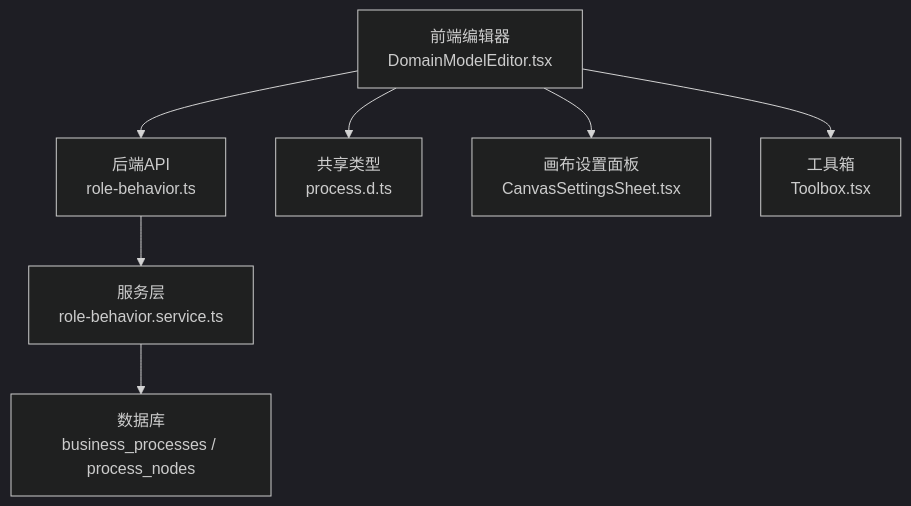
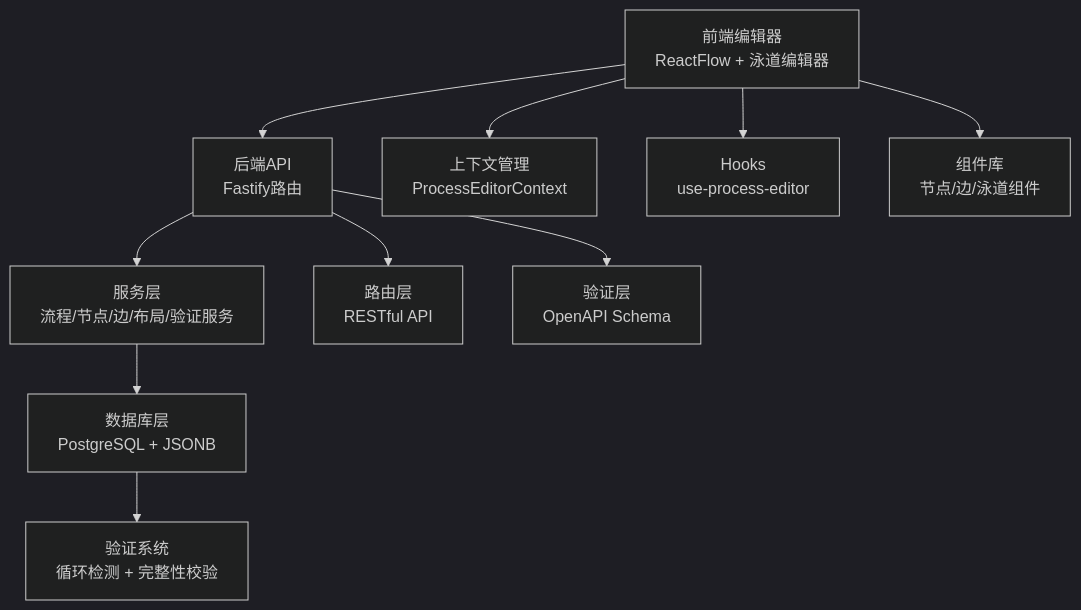
The second of 6 diagrams in .qoder/repowiki/zh/content/核心模块/业务流程管理模块.md (kai-cui1/ai-prototype-manager), drawn with Mermaid (dark theme) before and after one commit. The commit also changed other lines of this file and 173 other files, not shown here.

````diff
--- a/.qoder/repowiki/zh/content/核心模块/业务流程管理模块.md
+++ b/.qoder/repowiki/zh/content/核心模块/业务流程管理模块.md
@@ -112,9 +155,12 @@
 ```mermaid
 graph TB
-UI["前端编辑器<br/>DomainModelEditor.tsx"] --> API["后端API<br/>role-behavior.ts"]
-API --> SVC["服务层<br/>role-behavior.service.ts"]
-SVC --> DB["数据库<br/>business_processes / process_nodes"]
-UI --> TYPES["共享类型<br/>process.d.ts"]
-UI --> SETTINGS["画布设置面板<br/>CanvasSettingsSheet.tsx"]
-UI --> TOOLBOX["工具箱<br/>Toolbox.tsx"]
+UI["前端编辑器<br/>ReactFlow + 泳道编辑器"] --> API["后端API<br/>Fastify路由"]
+API --> SVC["服务层<br/>流程/节点/边/布局/验证服务"]
+SVC --> DB["数据库层<br/>PostgreSQL + JSONB"]
+DB --> VALID["验证系统<br/>循环检测 + 完整性校验"]
+UI --> CONTEXT["上下文管理<br/>ProcessEditorContext"]
+UI --> HOOKS["Hooks<br/>use-process-editor"]
+UI --> COMPONENTS["组件库<br/>节点/边/泳道组件"]
+API --> ROUTES["路由层<br/>RESTful API"]
+API --> SCHEMA["验证层<br/>OpenAPI Schema"]
 ```
````
